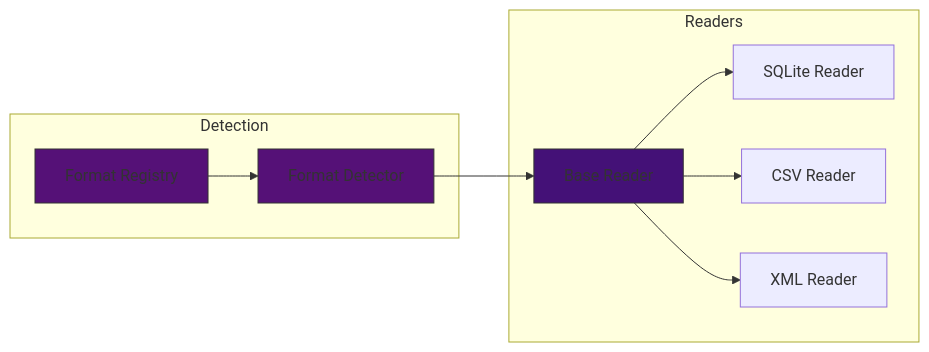
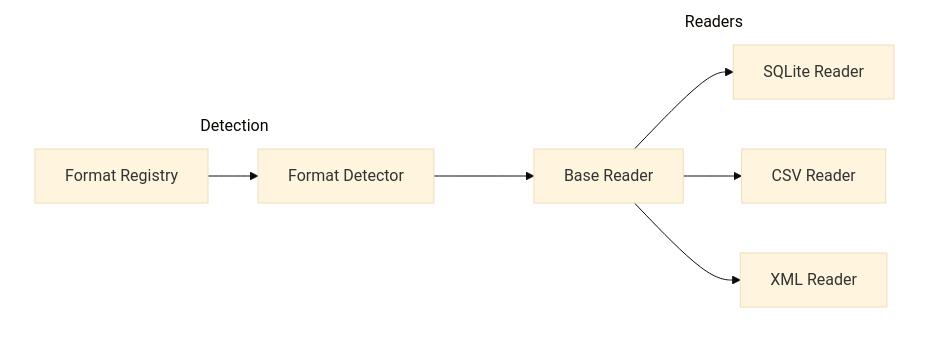
Before and after one commit to Warren8824/cgm-data-processor: the diagram in docs/api/file-parsing/index.md, drawn with Mermaid. The commit also changed 8 other files, not shown here.

````diff
--- a/docs/api/file-parsing/index.md
+++ b/docs/api/file-parsing/index.md
@@ -7,19 +7,19 @@
 ```mermaid
+%%{init: {'theme': 'base', 'themeVariables': { 'fontFamily': 'arial'}}}%%
 graph LR
     subgraph Detection
         A[Format Registry] --> B[Format Detector]
     end
     
     subgraph Readers
         C[Base Reader]
         C --> D[SQLite Reader]
         C --> E[CSV Reader]
         C --> F[XML Reader]
     end
     
     B --> C
-    
-    style A fill:#517,stroke:#333
-    style B fill:#517,stroke:#333
-    style C fill:#417,stroke:#333
+
+    style Detection fill:none,stroke:none
+    style Readers fill:none,stroke:none
 ```
````
